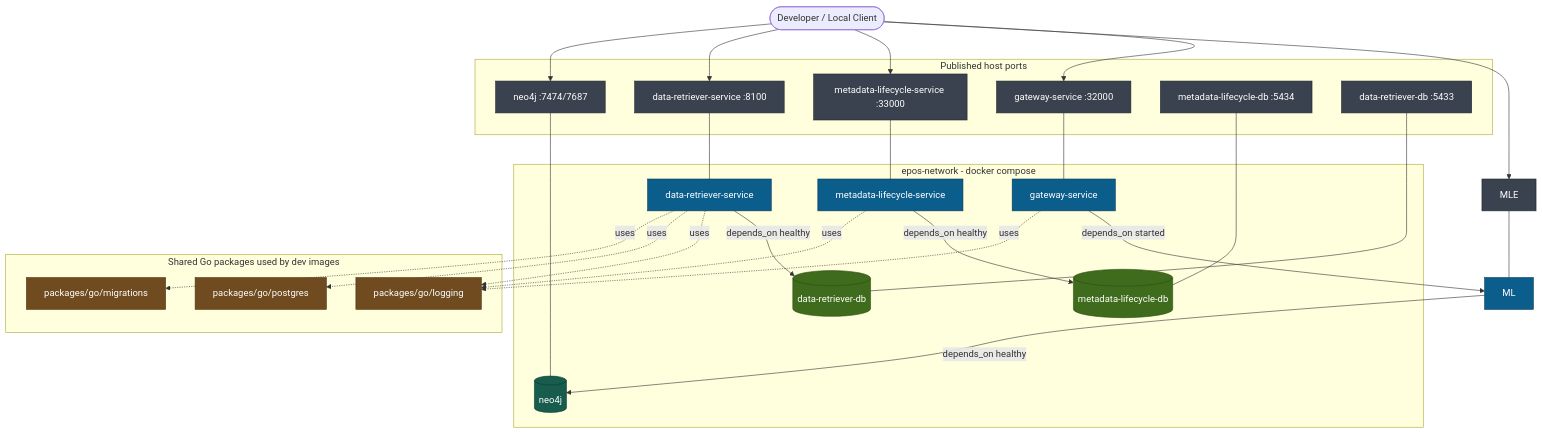
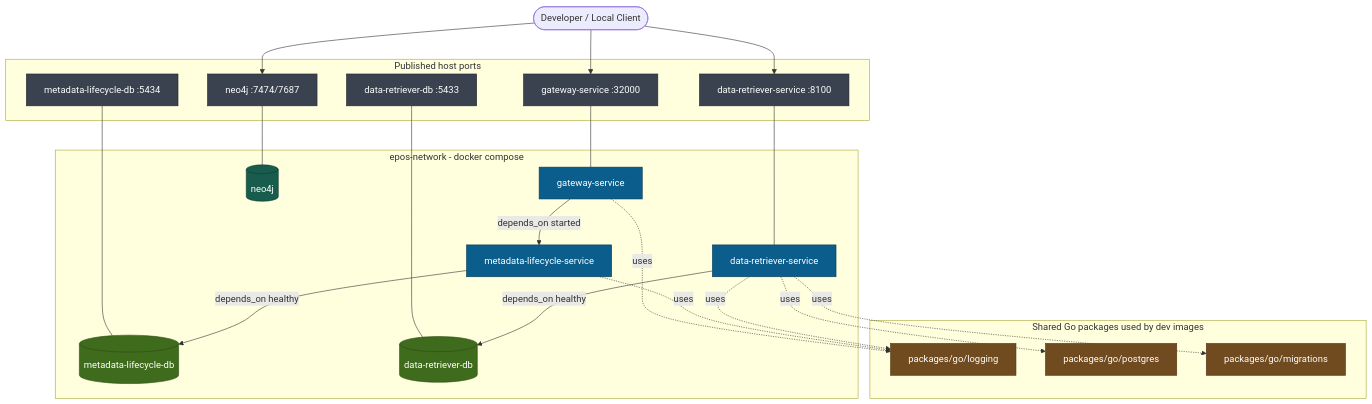
The diagram in README.md (EPOS-ERIC/epos-platform), drawn with Mermaid before and after one commit. The commit also changed other lines of this file and 167 other files, not shown here.

````diff
--- a/README.md
+++ b/README.md
@@ -18,68 +18,62 @@
 ```mermaid
 flowchart TB
     %% Based on docker/compose.dev.yaml and Tilt image wiring
 
     DEV([Developer / Local Client])
 
     subgraph EDGE[Published host ports]
         GWE[gateway-service :32000]
-        BOE[metadata-lifecycle-service :33000]
         DRE[data-retriever-service :8100]
         N4J[neo4j :7474/7687]
         PBO[metadata-lifecycle-db :5434]
         PDR[data-retriever-db :5433]
     end
 
     subgraph NET["epos-network - docker compose"]
         GW[gateway-service]
         BO[metadata-lifecycle-service]
         DR[data-retriever-service]
 
         NEO[(neo4j)]
         BODB[(metadata-lifecycle-db)]
         DRDB[(data-retriever-db)]
     end
 
     subgraph SHARED[Shared Go packages used by dev images]
         LOG[packages/go/logging]
         PG[packages/go/postgres]
         MIG[packages/go/migrations]
     end
 
     DEV --> GWE
-    DEV --> MLE
-    DEV --> BOE
     DEV --> DRE
     DEV --> N4J
 
     GWE --- GW
-    MLE --- ML
-    BOE --- BO
     DRE --- DR
     N4J --- NEO
     PBO --- BODB
     PDR --- DRDB
 
-    GW -->|depends_on started| ML
+    GW -->|depends_on started| BO
     BO -->|depends_on healthy| BODB
     DR -->|depends_on healthy| DRDB
-    ML -->|depends_on healthy| NEO
 
     GW -. uses .-> LOG
     BO -. uses .-> LOG
     DR -. uses .-> LOG
     DR -. uses .-> PG
     DR -. uses .-> MIG
 
     classDef svc fill:#0b5d8b,stroke:#083b59,color:#ffffff,stroke-width:1px;
     classDef infra fill:#175c4c,stroke:#0f3d32,color:#ffffff,stroke-width:1px;
     classDef db fill:#3f6b1d,stroke:#2d4c14,color:#ffffff,stroke-width:1px;
     classDef shared fill:#6f4b1f,stroke:#4f3516,color:#ffffff,stroke-width:1px;
     classDef edge fill:#39424e,stroke:#1f252d,color:#ffffff,stroke-width:1px;
 
-    class GW,ML,BO,DR svc;
+    class GW,BO,DR svc;
     class NEO infra;
     class BODB,DRDB db;
     class LOG,PG,MIG shared;
-    class GWE,MLE,BOE,DRE,N4J,PBO,PDR edge;
+    class GWE,DRE,N4J,PBO,PDR edge;
 ```
````
